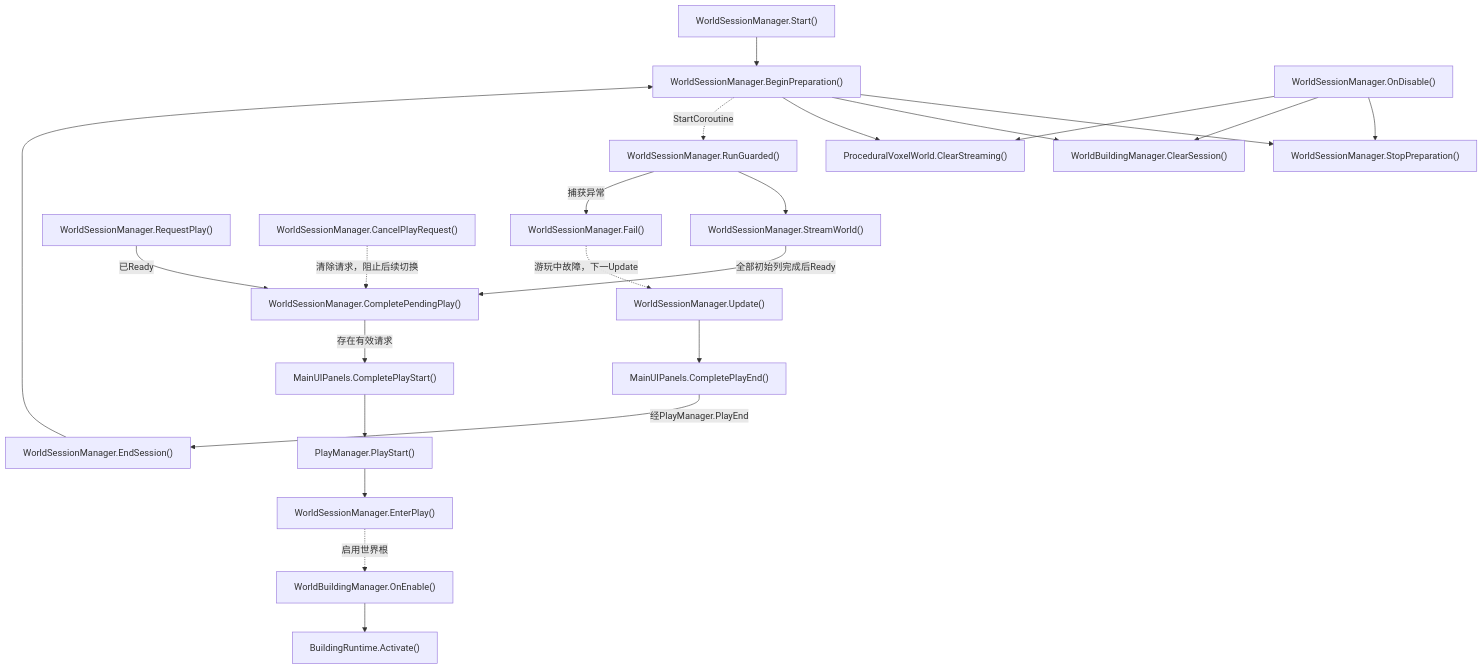
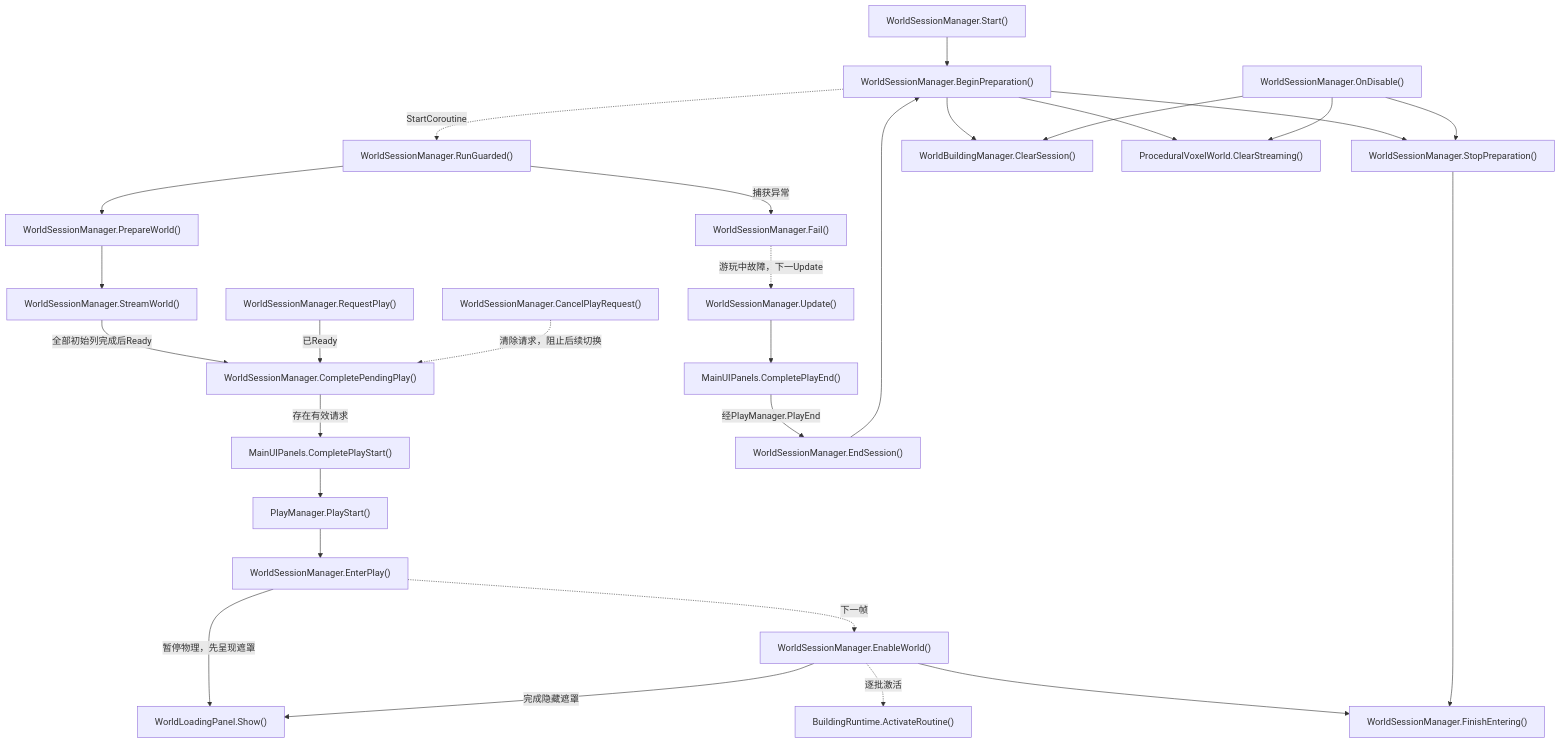
Before and after one commit to kukudia/HY-Sandbox: diagram 12 of 20 in Docs/RuntimeFlow.md, drawn with Mermaid. The commit also changed other lines of this file and 45 other files, not shown here.

First line of the commit message:
perf(world): budget world loading and remove per-block GUI stalls

````diff
--- a/Docs/RuntimeFlow.md
+++ b/Docs/RuntimeFlow.md
@@ -1169,65 +1169,76 @@
 ```mermaid
 flowchart TD
     A["WorldSessionManager.Start()"]
-    click A "../Assets/Scripts/Features/World/WorldSessionManager.cs#L61" "打开源码"
+    click A "../Assets/Scripts/Features/World/WorldSessionManager.cs#L65" "打开源码"
     B["WorldSessionManager.BeginPreparation()"]
-    click B "../Assets/Scripts/Features/World/WorldSessionManager.cs#L77" "打开源码"
+    click B "../Assets/Scripts/Features/World/WorldSessionManager.cs#L81" "打开源码"
     C["WorldSessionManager.StopPreparation()"]
-    click C "../Assets/Scripts/Features/World/WorldSessionManager.cs#L371" "打开源码"
+    click C "../Assets/Scripts/Features/World/WorldSessionManager.cs#L473" "打开源码"
     D["WorldSessionManager.RunGuarded()"]
-    click D "../Assets/Scripts/Features/World/WorldSessionManager.cs#L215" "打开源码"
+    click D "../Assets/Scripts/Features/World/WorldSessionManager.cs#L304" "打开源码"
     E["WorldSessionManager.StreamWorld()"]
-    click E "../Assets/Scripts/Features/World/WorldSessionManager.cs#L246" "打开源码"
+    click E "../Assets/Scripts/Features/World/WorldSessionManager.cs#L335" "打开源码"
     F["WorldSessionManager.CompletePendingPlay()"]
-    click F "../Assets/Scripts/Features/World/WorldSessionManager.cs#L148" "打开源码"
+    click F "../Assets/Scripts/Features/World/WorldSessionManager.cs#L190" "打开源码"
     G["WorldSessionManager.RequestPlay()"]
-    click G "../Assets/Scripts/Features/World/WorldSessionManager.cs#L125" "打开源码"
+    click G "../Assets/Scripts/Features/World/WorldSessionManager.cs#L167" "打开源码"
     H["WorldSessionManager.CancelPlayRequest()"]
-    click H "../Assets/Scripts/Features/World/WorldSessionManager.cs#L142" "打开源码"
+    click H "../Assets/Scripts/Features/World/WorldSessionManager.cs#L184" "打开源码"
     I["MainUIPanels.CompletePlayStart()"]
     click I "../Assets/Scripts/Features/Presentation/MainUIPanels.cs#L243" "打开源码"
     J["PlayManager.PlayStart()"]
     click J "../Assets/Scripts/Features/Simulation/PlayManager.cs#L88" "打开源码"
     K["WorldSessionManager.EnterPlay()"]
-    click K "../Assets/Scripts/Features/World/WorldSessionManager.cs#L182" "打开源码"
-    L["WorldBuildingManager.OnEnable()"]
-    click L "../Assets/Scripts/Features/World/WorldBuildingManager.cs#L36" "打开源码"
-    M["BuildingRuntime.Activate()"]
-    click M "../Assets/Scripts/Features/World/BuildingRuntime.cs#L67" "打开源码"
+    click K "../Assets/Scripts/Features/World/WorldSessionManager.cs#L224" "打开源码"
+    L["WorldSessionManager.EnableWorld()"]
+    click L "../Assets/Scripts/Features/World/WorldSessionManager.cs#L256" "打开源码"
+    M["BuildingRuntime.ActivateRoutine()"]
+    click M "../Assets/Scripts/Features/World/BuildingRuntime.cs#L92" "打开源码"
     N["WorldSessionManager.EndSession()"]
-    click N "../Assets/Scripts/Features/World/WorldSessionManager.cs#L210" "打开源码"
+    click N "../Assets/Scripts/Features/World/WorldSessionManager.cs#L299" "打开源码"
     O["WorldSessionManager.Fail()"]
-    click O "../Assets/Scripts/Features/World/WorldSessionManager.cs#L396" "打开源码"
+    click O "../Assets/Scripts/Features/World/WorldSessionManager.cs#L505" "打开源码"
     P["WorldSessionManager.Update()"]
-    click P "../Assets/Scripts/Features/World/WorldSessionManager.cs#L306" "打开源码"
+    click P "../Assets/Scripts/Features/World/WorldSessionManager.cs#L408" "打开源码"
     Q["MainUIPanels.CompletePlayEnd()"]
     click Q "../Assets/Scripts/Features/Presentation/MainUIPanels.cs#L273" "打开源码"
     R["WorldSessionManager.OnDisable()"]
-    click R "../Assets/Scripts/Features/World/WorldSessionManager.cs#L407" "打开源码"
+    click R "../Assets/Scripts/Features/World/WorldSessionManager.cs#L517" "打开源码"
     S["WorldBuildingManager.ClearSession()"]
-    click S "../Assets/Scripts/Features/World/WorldBuildingManager.cs#L163" "打开源码"
+    click S "../Assets/Scripts/Features/World/WorldBuildingManager.cs#L223" "打开源码"
     T["ProceduralVoxelWorld.ClearStreaming()"]
     click T "../Assets/Scripts/Features/World/ProceduralVoxelWorld.cs#L309" "打开源码"
+    U["WorldSessionManager.PrepareWorld()"]
+    click U "../Assets/Scripts/Features/World/WorldSessionManager.cs#L118" "打开源码"
+    V["WorldSessionManager.FinishEntering()"]
+    click V "../Assets/Scripts/Features/World/WorldSessionManager.cs#L290" "打开源码"
+    W["WorldLoadingPanel.Show()"]
+    click W "../Assets/Scripts/Features/World/WorldLoadingPanel.cs#L38" "打开源码"
     A --> B
     B --> C
     B --> S
     B --> T
     B -.->|StartCoroutine| D
-    D --> E
+    D --> U
+    U --> E
     D -->|捕获异常| O
     E -->|全部初始列完成后Ready| F
     G -->|已Ready| F
     H -.->|清除请求，阻止后续切换| F
     F -->|存在有效请求| I
     I --> J
     J --> K
-    K -.->|启用世界根| L
-    L --> M
+    K -->|暂停物理，先呈现遮罩| W
+    K -.->|下一帧| L
+    L -.->|逐批激活| M
+    L --> V
+    L -->|完成隐藏遮罩| W
+    C --> V
     N --> B
     O -.->|游玩中故障，下一Update| P
     P --> Q
     Q -->|经PlayManager.PlayEnd| N
     R --> C
     R --> S
     R --> T
 ```
````
